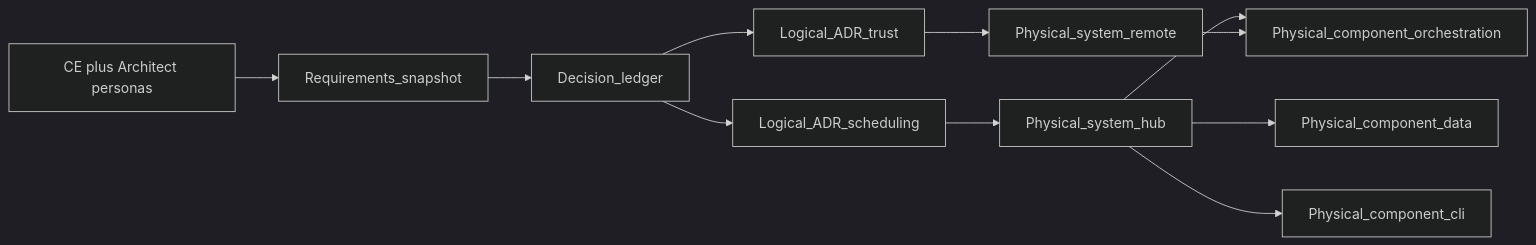
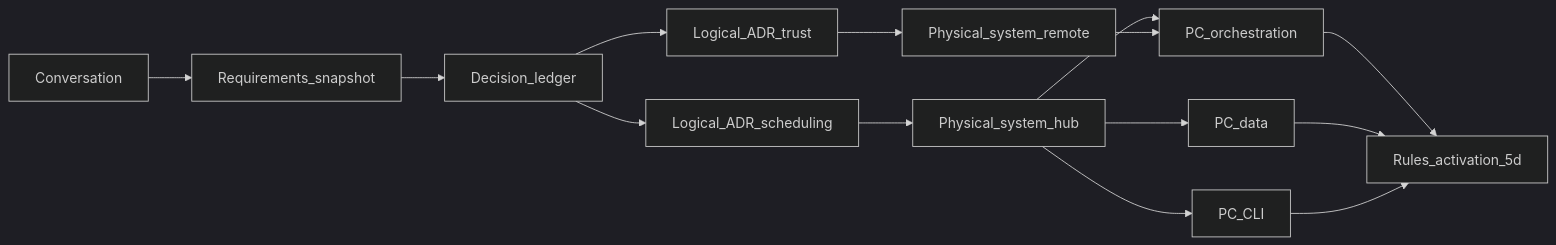
Before and after one commit to egallmann/ste-handbook: the second of 2 diagrams in 11-examples/instance-scheduler-example/diagrams/intent-to-design.md, drawn with Mermaid (dark theme). The commit also changed other lines of this file and 32 other files, not shown here.

````diff
--- a/11-examples/instance-scheduler-example/diagrams/intent-to-design.md
+++ b/11-examples/instance-scheduler-example/diagrams/intent-to-design.md
@@ -5,23 +26,27 @@
 ```mermaid
 flowchart LR
-  CONV["CE plus Architect personas"]
+  CONV[Conversation]
   REQ[Requirements_snapshot]
   LED[Decision_ledger]
-  LADR1[Logical_ADR_scheduling]
-  LADR2[Logical_ADR_trust]
+  L1[Logical_ADR_scheduling]
+  L2[Logical_ADR_trust]
   PS1[Physical_system_hub]
   PS2[Physical_system_remote]
-  PC1[Physical_component_orchestration]
-  PC2[Physical_component_data]
-  PC3[Physical_component_cli]
+  PC1[PC_orchestration]
+  PC2[PC_data]
+  PC3[PC_CLI]
+  RULES[Rules_activation_5d]
   CONV --> REQ
   REQ --> LED
-  LED --> LADR1
-  LED --> LADR2
-  LADR1 --> PS1
-  LADR2 --> PS2
+  LED --> L1
+  LED --> L2
+  L1 --> PS1
+  L2 --> PS2
   PS1 --> PC1
   PS1 --> PC2
   PS1 --> PC3
   PS2 --> PC1
+  PC1 --> RULES
+  PC2 --> RULES
+  PC3 --> RULES
 ```
````
